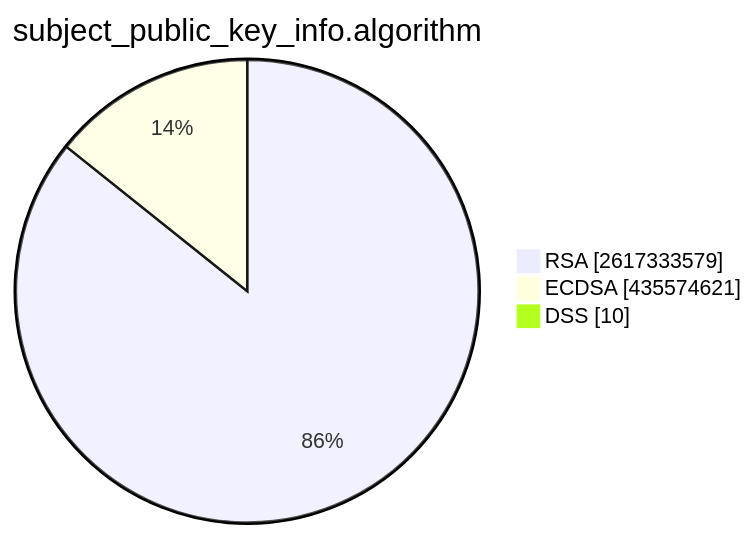
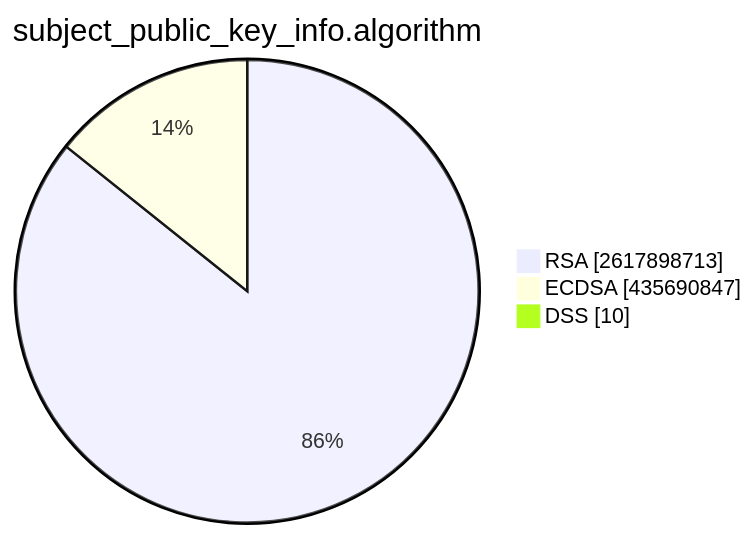
One commit to christiankrug/ctmonitor_visualization changed the second of 15 diagrams in TOTAL/README.md. Above: the diagram before and after it, drawn with Mermaid. The commit also changed other lines of this file, not shown here.

````diff
--- a/TOTAL/README.md
+++ b/TOTAL/README.md
@@ -6,7 +6,7 @@
 ```mermaid
 pie showData
 title subject_public_key_info.algorithm
-"RSA" :2617333579
-"ECDSA" :435574621
+"RSA" :2617898713
+"ECDSA" :435690847
 "DSS" :10
 ```
````
